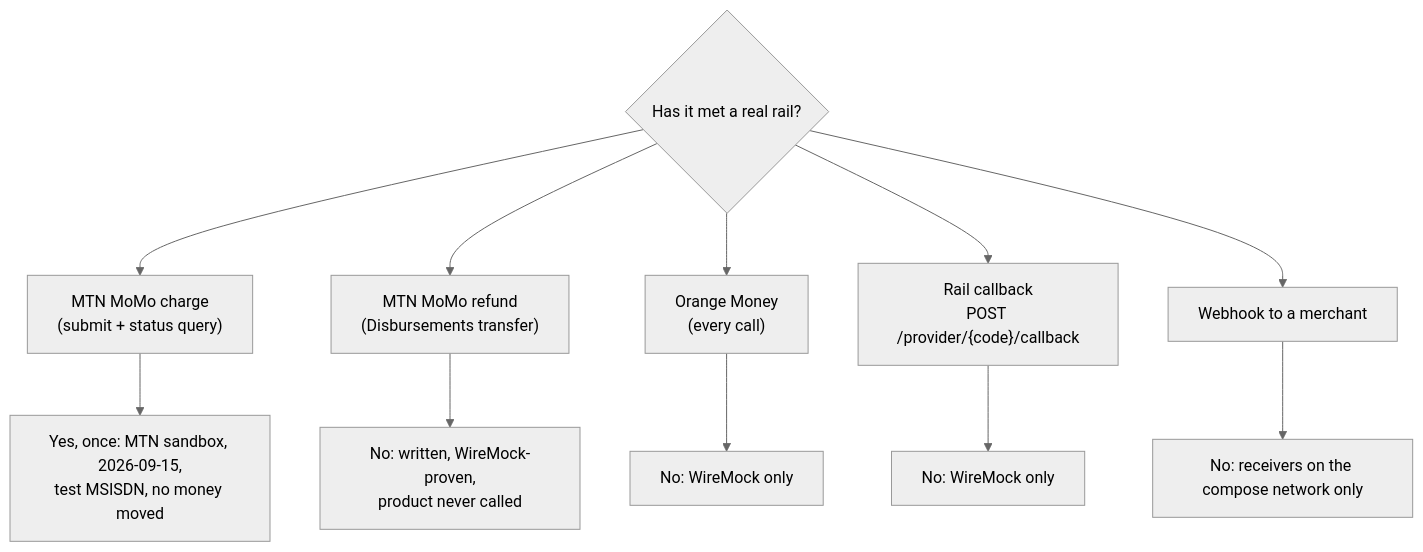
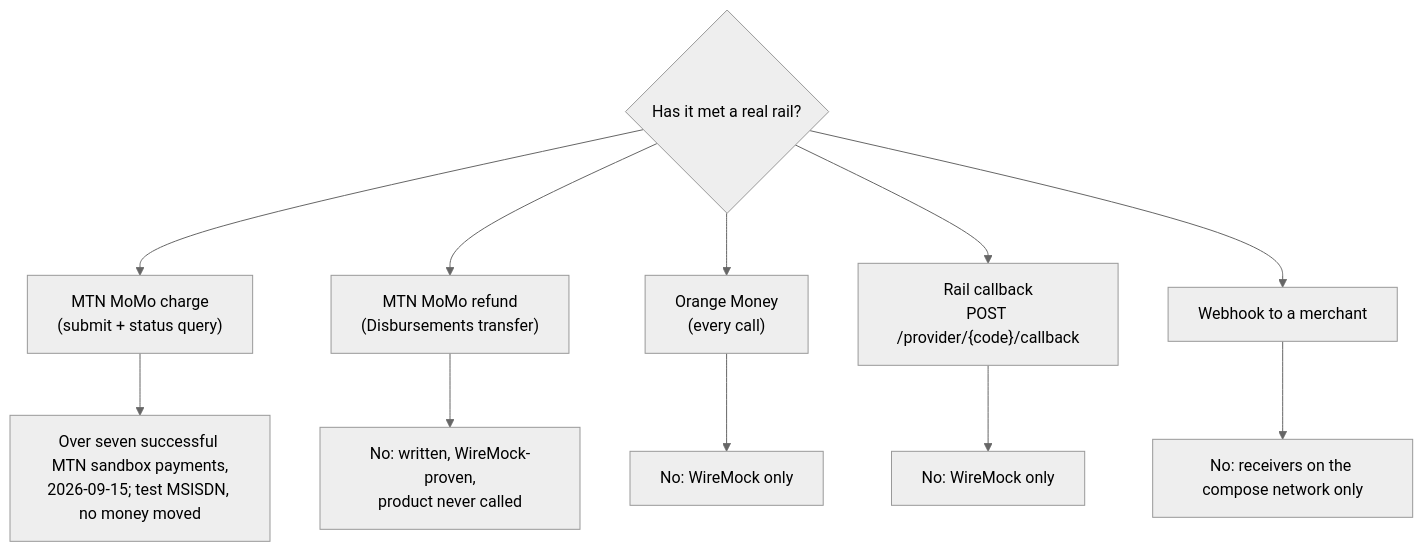
Before and after one commit to vaam-apps/vpay-docs: the first of 2 diagrams in docs/guide/status.md, drawn with Mermaid (neutral theme). The commit also changed other lines of this file and 15 other files, not shown here.

Commit message:
docs: correct real MTN sandbox payment totals (#5)

````diff
--- a/docs/guide/status.md
+++ b/docs/guide/status.md
@@ -58,14 +61,14 @@
 ```mermaid
 flowchart TD
     Q{"Has it met a real rail?"}
     Q --> A["MTN MoMo charge<br/>(submit + status query)"]
     Q --> B["MTN MoMo refund<br/>(Disbursements transfer)"]
     Q --> C["Orange Money<br/>(every call)"]
     Q --> D["Rail callback<br/>POST /provider/{code}/callback"]
     Q --> E["Webhook to a merchant"]
-    A --> A1["Yes, once: MTN sandbox, 2026-09-15,<br/>test MSISDN, no money moved"]
+    A --> A1["Over seven successful MTN sandbox payments,<br/>2026-09-15; test MSISDN, no money moved"]
     B --> B1["No: written, WireMock-proven,<br/>product never called"]
     C --> C1["No: WireMock only"]
     D --> D1["No: WireMock only"]
     E --> E1["No: receivers on the compose network only"]
 ```
````
